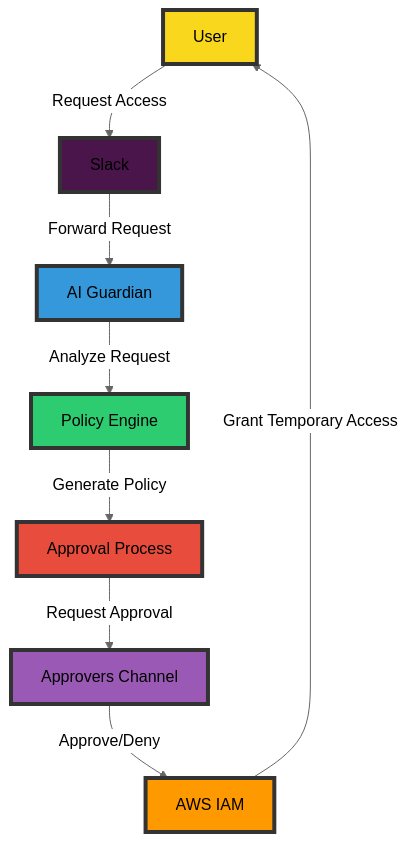
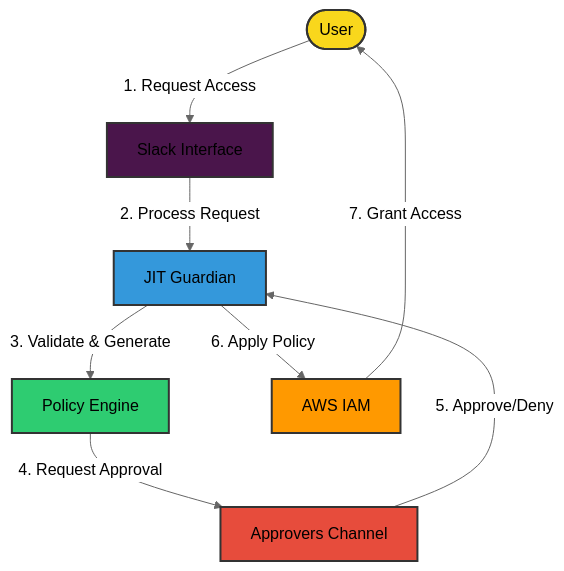
Before and after one commit to kubiyabot/terraform-modules: the first of 5 diagrams in jit-permissions-guardians/terraform/README.md, drawn with Mermaid (neutral theme). The commit also changed other lines of this file, not shown here.

````diff
--- a/jit-permissions-guardians/terraform/README.md
+++ b/jit-permissions-guardians/terraform/README.md
@@ -14,18 +13,31 @@
 ```mermaid
-graph TD
-    U[User] -->|Request Access| S[Slack]
-    S -->|Forward Request| AI[AI Guardian]
-    AI -->|Analyze Request| P[Policy Engine]
-    P -->|Generate Policy| AP[Approval Process]
-    AP -->|Request Approval| APR[Approvers Channel]
-    APR -->|Approve/Deny| AWS[AWS IAM]
-    AWS -->|Grant Temporary Access| U
-    
-    style U fill:#f9d71c,stroke:#333,stroke-width:4px
-    style S fill:#4A154B,stroke:#333,stroke-width:4px
-    style AI fill:#3498db,stroke:#333,stroke-width:4px
-    style P fill:#2ecc71,stroke:#333,stroke-width:4px
-    style AP fill:#e74c3c,stroke:#333,stroke-width:4px
-    style APR fill:#9b59b6,stroke:#333,stroke-width:4px
-    style AWS fill:#FF9900,stroke:#333,stroke-width:4px
+flowchart TD
+    User([User])
+    Slack[Slack Interface]
+    Guardian[JIT Guardian]
+    Policy[Policy Engine]
+    Approvers[Approvers Channel]
+    AWS[AWS IAM]
+
+    User -->|1. Request Access| Slack
+    Slack -->|2. Process Request| Guardian
+    Guardian -->|3. Validate & Generate| Policy
+    Policy -->|4. Request Approval| Approvers
+    Approvers -->|5. Approve/Deny| Guardian
+    Guardian -->|6. Apply Policy| AWS
+    AWS -->|7. Grant Access| User
+
+    classDef user fill:#f9d71c,stroke:#333,stroke-width:2px
+    classDef slack fill:#4A154B,stroke:#333,stroke-width:2px
+    classDef guardian fill:#3498db,stroke:#333,stroke-width:2px
+    classDef policy fill:#2ecc71,stroke:#333,stroke-width:2px
+    classDef approvers fill:#e74c3c,stroke:#333,stroke-width:2px
+    classDef aws fill:#FF9900,stroke:#333,stroke-width:2px
+
+    class User user
+    class Slack slack
+    class Guardian guardian
+    class Policy policy
+    class Approvers approvers
+    class AWS aws
 ```
````
